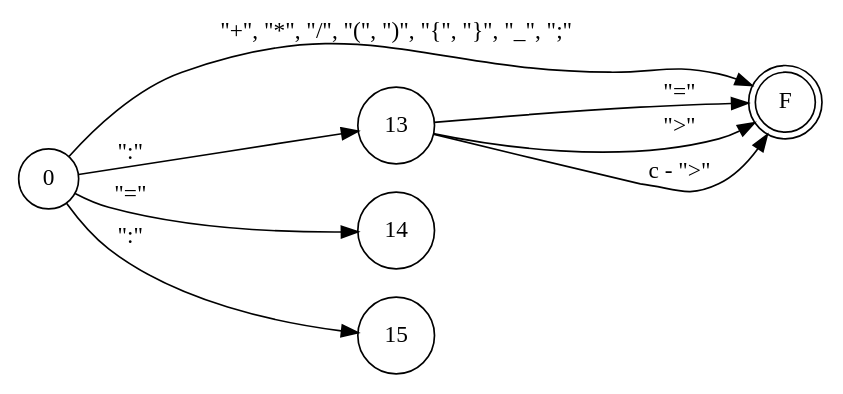
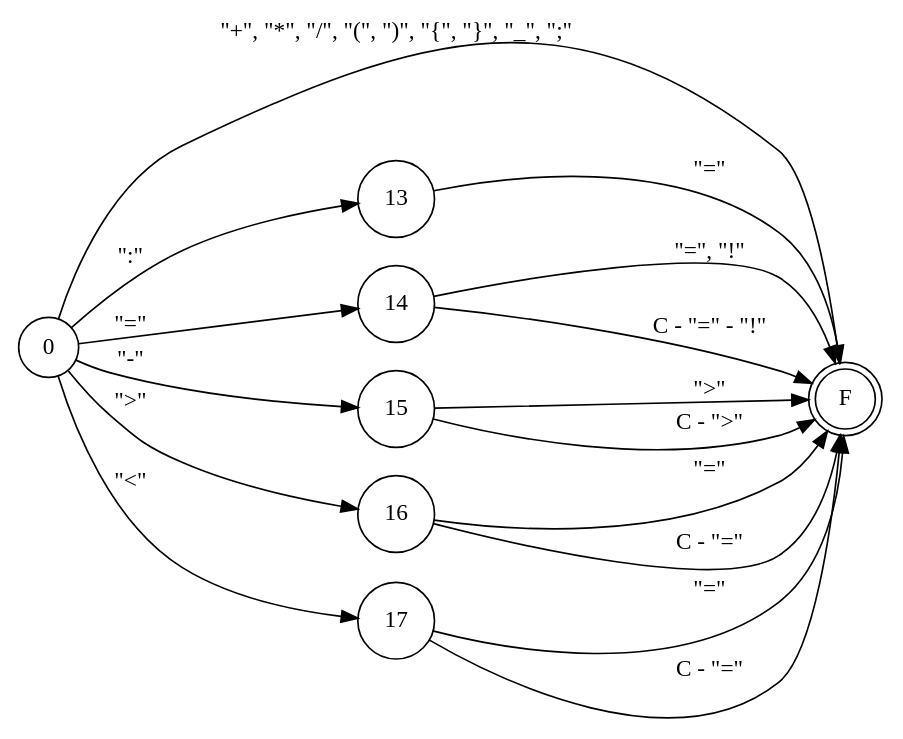
One commit to iroumec/RouVel-Compiler changed the diagram in resources/FA/FADiagrams/operators.dot. Above: the diagram before and after it, drawn with Graphviz. The commit also changed 4 other files, not shown here.

```diff
--- a/resources/FA/FADiagrams/operators.dot
+++ b/resources/FA/FADiagrams/operators.dot
@@ -1,17 +1,25 @@
 digraph DFA {
     rankdir = LR;
     // layout de izquierda a derecha
     
     node [shape = circle;];
     
     // Estado de aceptación.
     F [shape = doublecircle;];
     
     0 -> 13 [label = "\":\"";];
     13 -> F [label = "\"=\"";];
-    13 -> F [label = "\">\"";];
-    13 -> F [label = "c - \">\"";];
     0 -> 14 [label = "\"=\"";];
+    14 -> F [label = "\"=\", \"!\"";];
+    14 -> F [label = "C - \"=\" - \"!\"";];
     0 -> F [label = "\"+\", \"*\", \"/\", \"(\", \")\", \"{\", \"}\", \"_\", \";\"";];
-    0 -> 15 [label = "\":\"";];
+    0 -> 15 [label = "\"-\"";];
+    15 -> F [label = "\">\"";];
+    15 -> F [label = "C - \">\"";];
+    0 -> 16 [label = "\">\"";];
+    16 -> F [label = "\"=\"";];
+    16 -> F [label = "C - \"=\"";];
+    0 -> 17 [label = "\"<\"";];
+    17 -> F [label = "\"=\"";];
+    17 -> F [label = "C - \"=\"";];
 }
```
